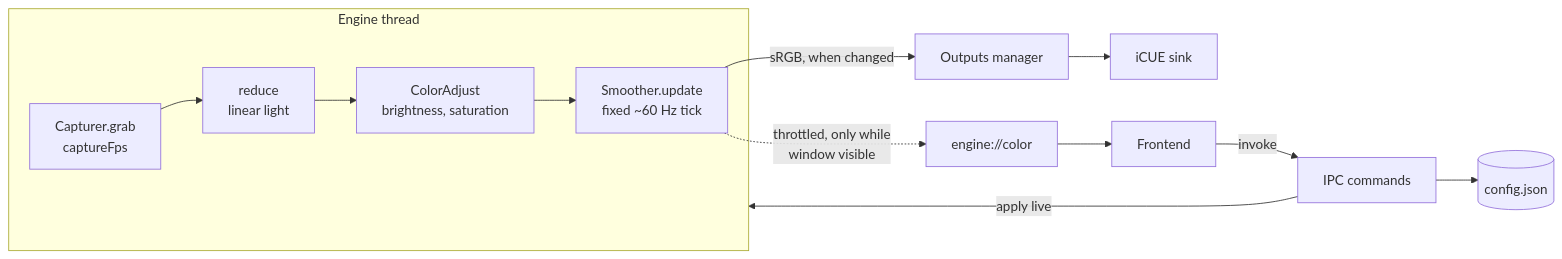
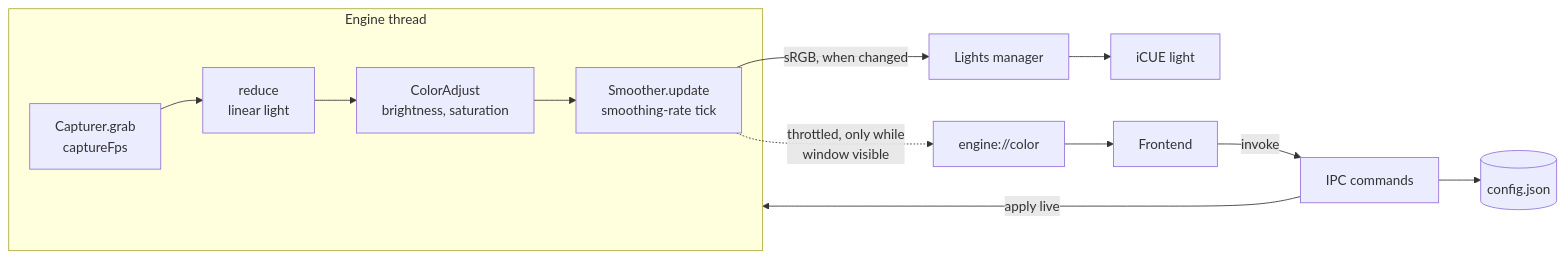
One commit to smolnetim/glowdrift changed the diagram in docs/architecture.md. Above: the diagram before and after it, drawn with Mermaid. The commit also changed other lines of this file and 62 other files, not shown here.

````diff
--- a/docs/architecture.md
+++ b/docs/architecture.md
@@ -23,15 +23,15 @@
 ```mermaid
 flowchart LR
     subgraph engine [Engine thread]
         CAP[Capturer.grab<br/>captureFps] --> RED[reduce<br/>linear light]
         RED --> ADJ[ColorAdjust<br/>brightness, saturation]
-        ADJ --> SM[Smoother.update<br/>fixed ~60 Hz tick]
+        ADJ --> SM[Smoother.update<br/>smoothing-rate tick]
     end
-    SM -->|sRGB, when changed| OUT[Outputs manager]
-    OUT --> ICUE[iCUE sink]
+    SM -->|sRGB, when changed| OUT[Lights manager]
+    OUT --> ICUE[iCUE light]
     SM -.->|throttled, only while<br/>window visible| EVT[engine://color]
     EVT --> UI[Frontend]
     UI -->|invoke| CMD[IPC commands]
     CMD --> CFG[(config.json)]
     CMD -->|apply live| engine
 ```
````
